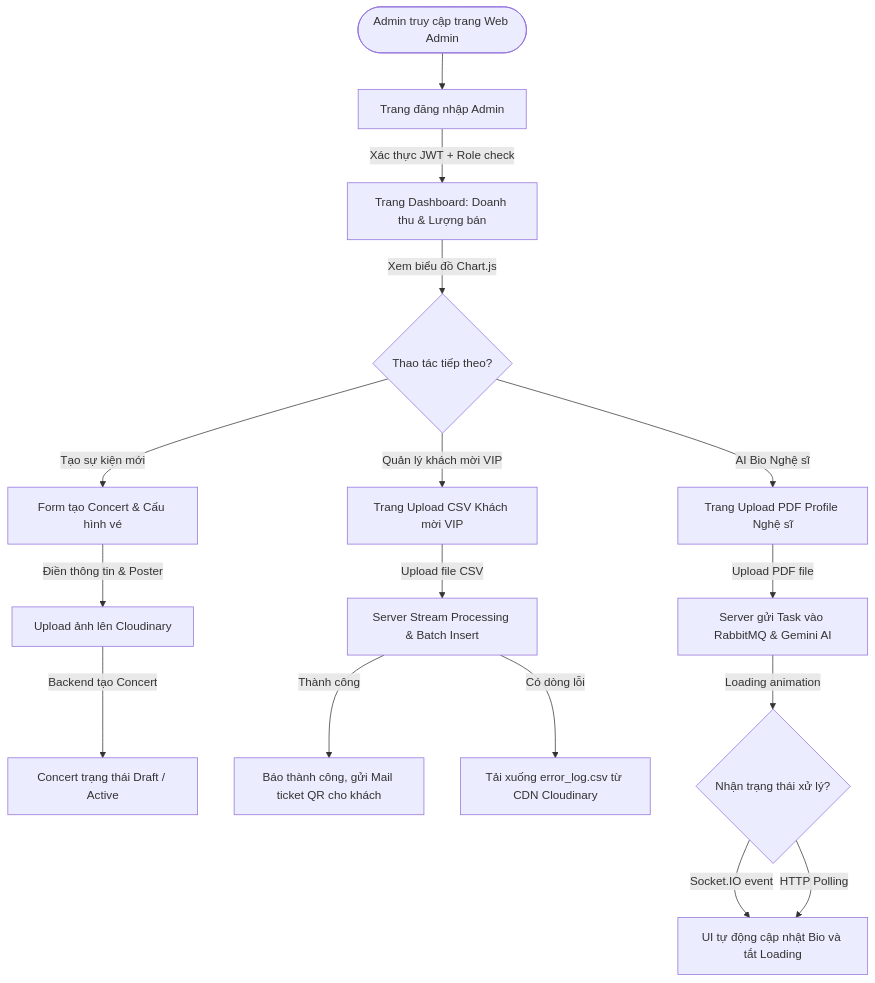
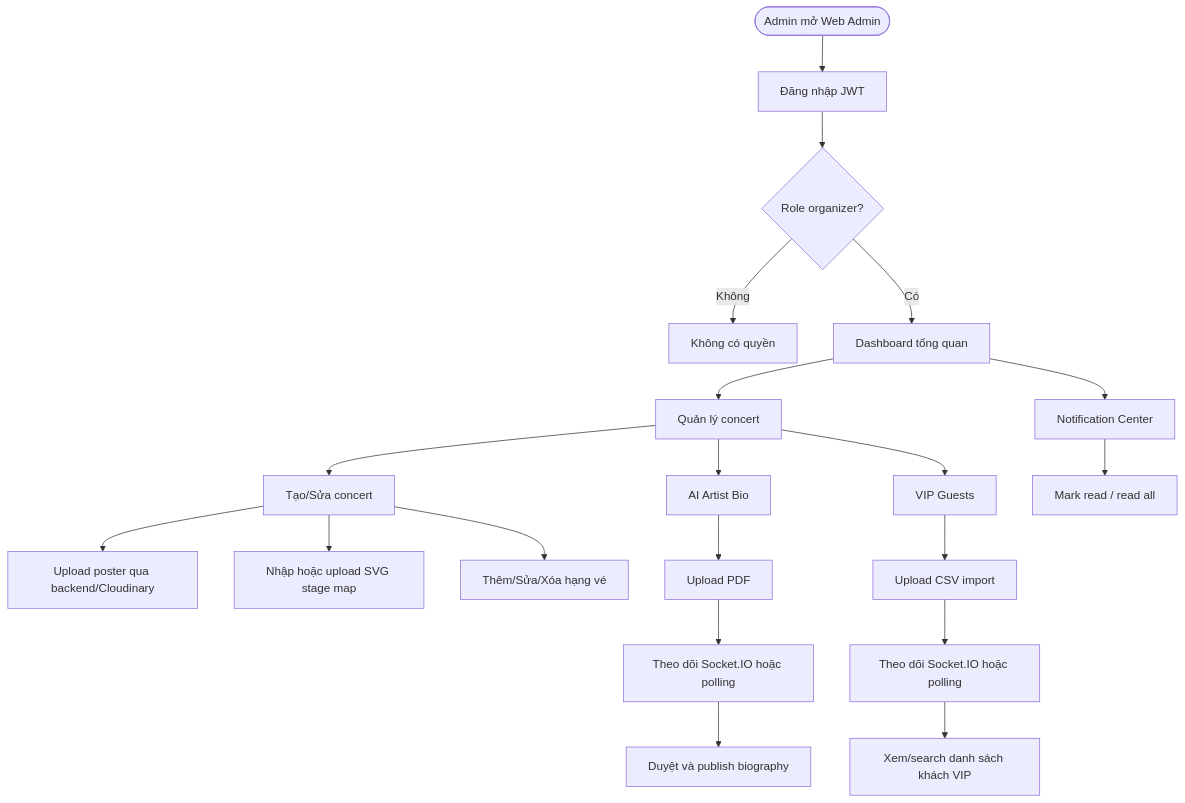
One commit to thuytranj/TicketBox changed the diagram in docs/admin-tools.specs.md. Above: the diagram before and after it, drawn with Mermaid. The commit also changed other lines of this file and 29 other files, not shown here.

Commit message:
feat(fe): add initial TicketBox web interface

````diff
--- a/docs/admin-tools.specs.md
+++ b/docs/admin-tools.specs.md
@@ -13,21 +11,26 @@
 ```mermaid
 flowchart TD
-    Start([Admin truy cập trang Web Admin]) --> Login[Trang đăng nhập Admin]
-    Login -->|Xác thực JWT + Role check| Dashboard[Trang Dashboard: Doanh thu & Lượng bán]
-    Dashboard -->|Xem biểu đồ Chart.js| ActionMenu{Thao tác tiếp theo?}
-    
-    ActionMenu -->|Tạo sự kiện mới| CreateConcert[Form tạo Concert & Cấu hình vé]
-    CreateConcert -->|Điền thông tin & Poster| CloudinaryUpload[Upload ảnh lên Cloudinary]
-    CloudinaryUpload -->|Backend tạo Concert| ActiveConcert[Concert trạng thái Draft / Active]
+    Start([Admin mở Web Admin]) --> Login[Đăng nhập JWT]
+    Login --> Guard{Role organizer?}
+    Guard -->|Không| Unauthorized[Không có quyền]
+    Guard -->|Có| Dashboard[Dashboard tổng quan]
 
-    ActionMenu -->|Quản lý khách mời VIP| VIPGuest[Trang Upload CSV Khách mời VIP]
-    VIPGuest -->|Upload file CSV| ServerStream[Server Stream Processing & Batch Insert]
-    ServerStream -->|Thành công| ImportSuccess[Báo thành công, gửi Mail ticket QR cho khách]
-    ServerStream -->|Có dòng lỗi| ImportError[Tải xuống error_log.csv từ CDN Cloudinary]
+    Dashboard --> Concerts[Quản lý concert]
+    Concerts --> CreateEdit[Tạo/Sửa concert]
+    CreateEdit --> Poster[Upload poster qua backend/Cloudinary]
+    CreateEdit --> StageMap[Nhập hoặc upload SVG stage map]
+    CreateEdit --> TicketTypes[Thêm/Sửa/Xóa hạng vé]
 
-    ActionMenu -->|AI Bio Nghệ sĩ| AIBio[Trang Upload PDF Profile Nghệ sĩ]
-    AIBio -->|Upload PDF file| AIScheduling[Server gửi Task vào RabbitMQ & Gemini AI]
-    AIScheduling -->|Loading animation| ClientStatus{Nhận trạng thái xử lý?}
-    ClientStatus -->|Socket.IO event| RealtimeUpdate[UI tự động cập nhật Bio và tắt Loading]
-    ClientStatus -->|HTTP Polling| RealtimeUpdate
+    Concerts --> AIBio[AI Artist Bio]
+    AIBio --> UploadPDF[Upload PDF]
+    UploadPDF --> BioStatus[Theo dõi Socket.IO hoặc polling]
+    BioStatus --> ConfirmBio[Duyệt và publish biography]
+
+    Concerts --> Guests[VIP Guests]
+    Guests --> UploadCSV[Upload CSV import]
+    UploadCSV --> ImportStatus[Theo dõi Socket.IO hoặc polling]
+    ImportStatus --> GuestList[Xem/search danh sách khách VIP]
+
+    Dashboard --> Notifications[Notification Center]
+    Notifications --> ReadState[Mark read / read all]
 ```
````
